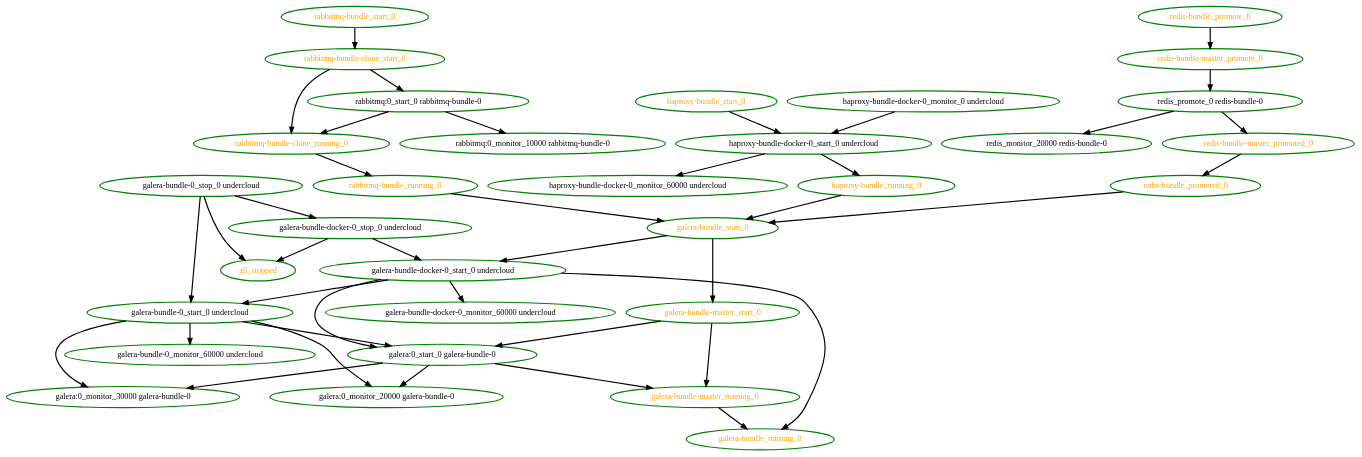
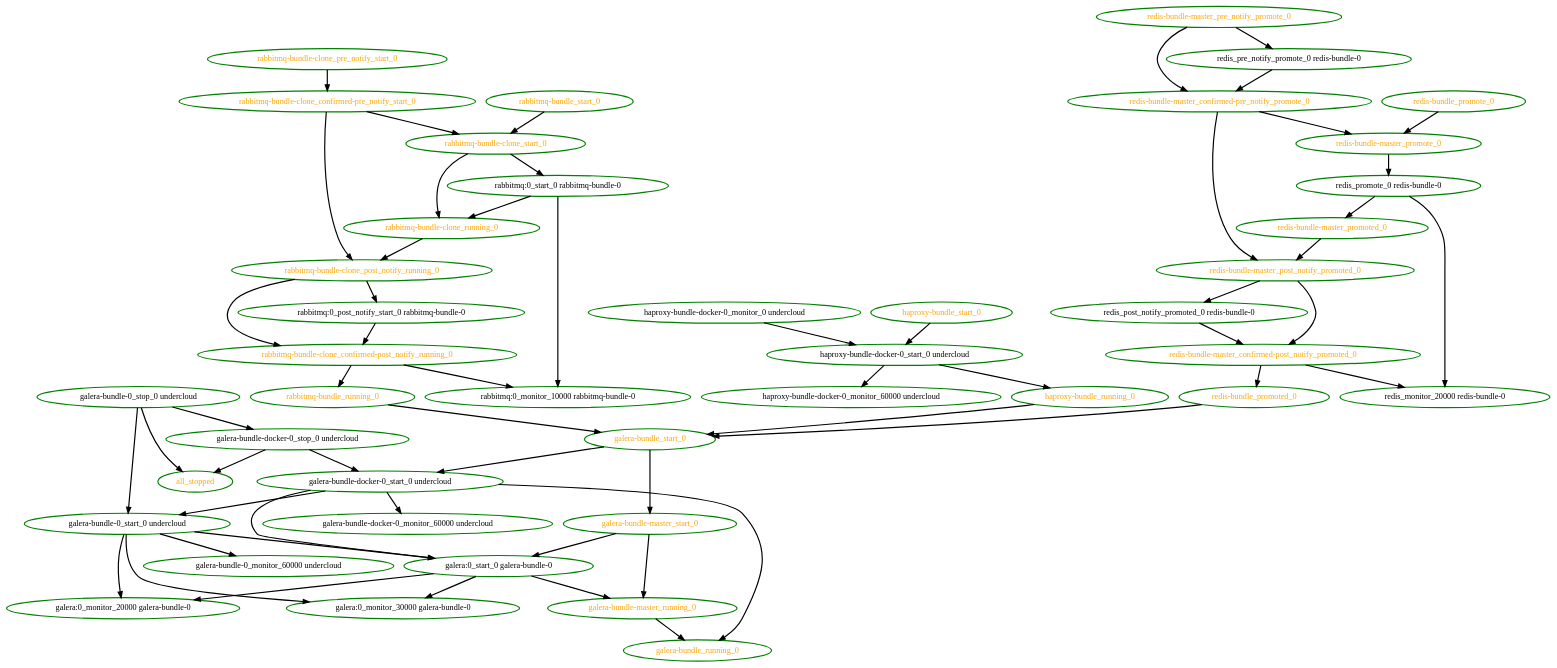
One commit to ClusterLabs/pacemaker changed the diagram in pengine/test10/bundle-order-partial-start-2.dot. Above: the diagram before and after it, drawn with Graphviz. The commit also changed 26 other files, not shown here.

Commit message:
Test: PE: Update bundle regression tests now that notify works

```diff
--- a/pengine/test10/bundle-order-partial-start-2.dot
+++ b/pengine/test10/bundle-order-partial-start-2.dot
@@ -1,72 +1,101 @@
 digraph "g" {
 "all_stopped" [ style=bold color="green" fontcolor="orange"]
 "galera-bundle-0_monitor_60000 undercloud" [ style=bold color="green" fontcolor="black"]
 "galera-bundle-0_start_0 undercloud" -> "galera-bundle-0_monitor_60000 undercloud" [ style = bold]
 "galera-bundle-0_start_0 undercloud" -> "galera:0_monitor_20000 galera-bundle-0" [ style = bold]
 "galera-bundle-0_start_0 undercloud" -> "galera:0_monitor_30000 galera-bundle-0" [ style = bold]
 "galera-bundle-0_start_0 undercloud" -> "galera:0_start_0 galera-bundle-0" [ style = bold]
 "galera-bundle-0_start_0 undercloud" [ style=bold color="green" fontcolor="black"]
 "galera-bundle-0_stop_0 undercloud" -> "all_stopped" [ style = bold]
 "galera-bundle-0_stop_0 undercloud" -> "galera-bundle-0_start_0 undercloud" [ style = bold]
 "galera-bundle-0_stop_0 undercloud" -> "galera-bundle-docker-0_stop_0 undercloud" [ style = bold]
 "galera-bundle-0_stop_0 undercloud" [ style=bold color="green" fontcolor="black"]
 "galera-bundle-docker-0_monitor_60000 undercloud" [ style=bold color="green" fontcolor="black"]
 "galera-bundle-docker-0_start_0 undercloud" -> "galera-bundle-0_start_0 undercloud" [ style = bold]
 "galera-bundle-docker-0_start_0 undercloud" -> "galera-bundle-docker-0_monitor_60000 undercloud" [ style = bold]
 "galera-bundle-docker-0_start_0 undercloud" -> "galera-bundle_running_0" [ style = bold]
 "galera-bundle-docker-0_start_0 undercloud" -> "galera:0_start_0 galera-bundle-0" [ style = bold]
 "galera-bundle-docker-0_start_0 undercloud" [ style=bold color="green" fontcolor="black"]
 "galera-bundle-docker-0_stop_0 undercloud" -> "all_stopped" [ style = bold]
 "galera-bundle-docker-0_stop_0 undercloud" -> "galera-bundle-docker-0_start_0 undercloud" [ style = bold]
 "galera-bundle-docker-0_stop_0 undercloud" [ style=bold color="green" fontcolor="black"]
 "galera-bundle-master_running_0" -> "galera-bundle_running_0" [ style = bold]
 "galera-bundle-master_running_0" [ style=bold color="green" fontcolor="orange"]
 "galera-bundle-master_start_0" -> "galera-bundle-master_running_0" [ style = bold]
 "galera-bundle-master_start_0" -> "galera:0_start_0 galera-bundle-0" [ style = bold]
 "galera-bundle-master_start_0" [ style=bold color="green" fontcolor="orange"]
 "galera-bundle_running_0" [ style=bold color="green" fontcolor="orange"]
 "galera-bundle_start_0" -> "galera-bundle-docker-0_start_0 undercloud" [ style = bold]
 "galera-bundle_start_0" -> "galera-bundle-master_start_0" [ style = bold]
 "galera-bundle_start_0" [ style=bold color="green" fontcolor="orange"]
 "galera:0_monitor_20000 galera-bundle-0" [ style=bold color="green" fontcolor="black"]
 "galera:0_monitor_30000 galera-bundle-0" [ style=bold color="green" fontcolor="black"]
 "galera:0_start_0 galera-bundle-0" -> "galera-bundle-master_running_0" [ style = bold]
 "galera:0_start_0 galera-bundle-0" -> "galera:0_monitor_20000 galera-bundle-0" [ style = bold]
 "galera:0_start_0 galera-bundle-0" -> "galera:0_monitor_30000 galera-bundle-0" [ style = bold]
 "galera:0_start_0 galera-bundle-0" [ style=bold color="green" fontcolor="black"]
 "haproxy-bundle-docker-0_monitor_0 undercloud" -> "haproxy-bundle-docker-0_start_0 undercloud" [ style = bold]
 "haproxy-bundle-docker-0_monitor_0 undercloud" [ style=bold color="green" fontcolor="black"]
 "haproxy-bundle-docker-0_monitor_60000 undercloud" [ style=bold color="green" fontcolor="black"]
 "haproxy-bundle-docker-0_start_0 undercloud" -> "haproxy-bundle-docker-0_monitor_60000 undercloud" [ style = bold]
 "haproxy-bundle-docker-0_start_0 undercloud" -> "haproxy-bundle_running_0" [ style = bold]
 "haproxy-bundle-docker-0_start_0 undercloud" [ style=bold color="green" fontcolor="black"]
 "haproxy-bundle_running_0" -> "galera-bundle_start_0" [ style = bold]
 "haproxy-bundle_running_0" [ style=bold color="green" fontcolor="orange"]
 "haproxy-bundle_start_0" -> "haproxy-bundle-docker-0_start_0 undercloud" [ style = bold]
 "haproxy-bundle_start_0" [ style=bold color="green" fontcolor="orange"]
-"rabbitmq-bundle-clone_running_0" -> "rabbitmq-bundle_running_0" [ style = bold]
+"rabbitmq-bundle-clone_confirmed-post_notify_running_0" -> "rabbitmq-bundle_running_0" [ style = bold]
+"rabbitmq-bundle-clone_confirmed-post_notify_running_0" -> "rabbitmq:0_monitor_10000 rabbitmq-bundle-0" [ style = bold]
+"rabbitmq-bundle-clone_confirmed-post_notify_running_0" [ style=bold color="green" fontcolor="orange"]
+"rabbitmq-bundle-clone_confirmed-pre_notify_start_0" -> "rabbitmq-bundle-clone_post_notify_running_0" [ style = bold]
+"rabbitmq-bundle-clone_confirmed-pre_notify_start_0" -> "rabbitmq-bundle-clone_start_0" [ style = bold]
+"rabbitmq-bundle-clone_confirmed-pre_notify_start_0" [ style=bold color="green" fontcolor="orange"]
+"rabbitmq-bundle-clone_post_notify_running_0" -> "rabbitmq-bundle-clone_confirmed-post_notify_running_0" [ style = bold]
+"rabbitmq-bundle-clone_post_notify_running_0" -> "rabbitmq:0_post_notify_start_0 rabbitmq-bundle-0" [ style = bold]
+"rabbitmq-bundle-clone_post_notify_running_0" [ style=bold color="green" fontcolor="orange"]
+"rabbitmq-bundle-clone_pre_notify_start_0" -> "rabbitmq-bundle-clone_confirmed-pre_notify_start_0" [ style = bold]
+"rabbitmq-bundle-clone_pre_notify_start_0" [ style=bold color="green" fontcolor="orange"]
+"rabbitmq-bundle-clone_running_0" -> "rabbitmq-bundle-clone_post_notify_running_0" [ style = bold]
 "rabbitmq-bundle-clone_running_0" [ style=bold color="green" fontcolor="orange"]
 "rabbitmq-bundle-clone_start_0" -> "rabbitmq-bundle-clone_running_0" [ style = bold]
 "rabbitmq-bundle-clone_start_0" -> "rabbitmq:0_start_0 rabbitmq-bundle-0" [ style = bold]
 "rabbitmq-bundle-clone_start_0" [ style=bold color="green" fontcolor="orange"]
 "rabbitmq-bundle_running_0" -> "galera-bundle_start_0" [ style = bold]
 "rabbitmq-bundle_running_0" [ style=bold color="green" fontcolor="orange"]
 "rabbitmq-bundle_start_0" -> "rabbitmq-bundle-clone_start_0" [ style = bold]
 "rabbitmq-bundle_start_0" [ style=bold color="green" fontcolor="orange"]
 "rabbitmq:0_monitor_10000 rabbitmq-bundle-0" [ style=bold color="green" fontcolor="black"]
+"rabbitmq:0_post_notify_start_0 rabbitmq-bundle-0" -> "rabbitmq-bundle-clone_confirmed-post_notify_running_0" [ style = bold]
+"rabbitmq:0_post_notify_start_0 rabbitmq-bundle-0" [ style=bold color="green" fontcolor="black"]
 "rabbitmq:0_start_0 rabbitmq-bundle-0" -> "rabbitmq-bundle-clone_running_0" [ style = bold]
 "rabbitmq:0_start_0 rabbitmq-bundle-0" -> "rabbitmq:0_monitor_10000 rabbitmq-bundle-0" [ style = bold]
 "rabbitmq:0_start_0 rabbitmq-bundle-0" [ style=bold color="green" fontcolor="black"]
+"redis-bundle-master_confirmed-post_notify_promoted_0" -> "redis-bundle_promoted_0" [ style = bold]
+"redis-bundle-master_confirmed-post_notify_promoted_0" -> "redis_monitor_20000 redis-bundle-0" [ style = bold]
+"redis-bundle-master_confirmed-post_notify_promoted_0" [ style=bold color="green" fontcolor="orange"]
+"redis-bundle-master_confirmed-pre_notify_promote_0" -> "redis-bundle-master_post_notify_promoted_0" [ style = bold]
+"redis-bundle-master_confirmed-pre_notify_promote_0" -> "redis-bundle-master_promote_0" [ style = bold]
+"redis-bundle-master_confirmed-pre_notify_promote_0" [ style=bold color="green" fontcolor="orange"]
+"redis-bundle-master_post_notify_promoted_0" -> "redis-bundle-master_confirmed-post_notify_promoted_0" [ style = bold]
+"redis-bundle-master_post_notify_promoted_0" -> "redis_post_notify_promoted_0 redis-bundle-0" [ style = bold]
+"redis-bundle-master_post_notify_promoted_0" [ style=bold color="green" fontcolor="orange"]
+"redis-bundle-master_pre_notify_promote_0" -> "redis-bundle-master_confirmed-pre_notify_promote_0" [ style = bold]
+"redis-bundle-master_pre_notify_promote_0" -> "redis_pre_notify_promote_0 redis-bundle-0" [ style = bold]
+"redis-bundle-master_pre_notify_promote_0" [ style=bold color="green" fontcolor="orange"]
 "redis-bundle-master_promote_0" -> "redis_promote_0 redis-bundle-0" [ style = bold]
 "redis-bundle-master_promote_0" [ style=bold color="green" fontcolor="orange"]
-"redis-bundle-master_promoted_0" -> "redis-bundle_promoted_0" [ style = bold]
+"redis-bundle-master_promoted_0" -> "redis-bundle-master_post_notify_promoted_0" [ style = bold]
 "redis-bundle-master_promoted_0" [ style=bold color="green" fontcolor="orange"]
 "redis-bundle_promote_0" -> "redis-bundle-master_promote_0" [ style = bold]
 "redis-bundle_promote_0" [ style=bold color="green" fontcolor="orange"]
 "redis-bundle_promoted_0" -> "galera-bundle_start_0" [ style = bold]
 "redis-bundle_promoted_0" [ style=bold color="green" fontcolor="orange"]
 "redis_monitor_20000 redis-bundle-0" [ style=bold color="green" fontcolor="black"]
+"redis_post_notify_promoted_0 redis-bundle-0" -> "redis-bundle-master_confirmed-post_notify_promoted_0" [ style = bold]
+"redis_post_notify_promoted_0 redis-bundle-0" [ style=bold color="green" fontcolor="black"]
+"redis_pre_notify_promote_0 redis-bundle-0" -> "redis-bundle-master_confirmed-pre_notify_promote_0" [ style = bold]
+"redis_pre_notify_promote_0 redis-bundle-0" [ style=bold color="green" fontcolor="black"]
 "redis_promote_0 redis-bundle-0" -> "redis-bundle-master_promoted_0" [ style = bold]
 "redis_promote_0 redis-bundle-0" -> "redis_monitor_20000 redis-bundle-0" [ style = bold]
 "redis_promote_0 redis-bundle-0" [ style=bold color="green" fontcolor="black"]
 }
```
